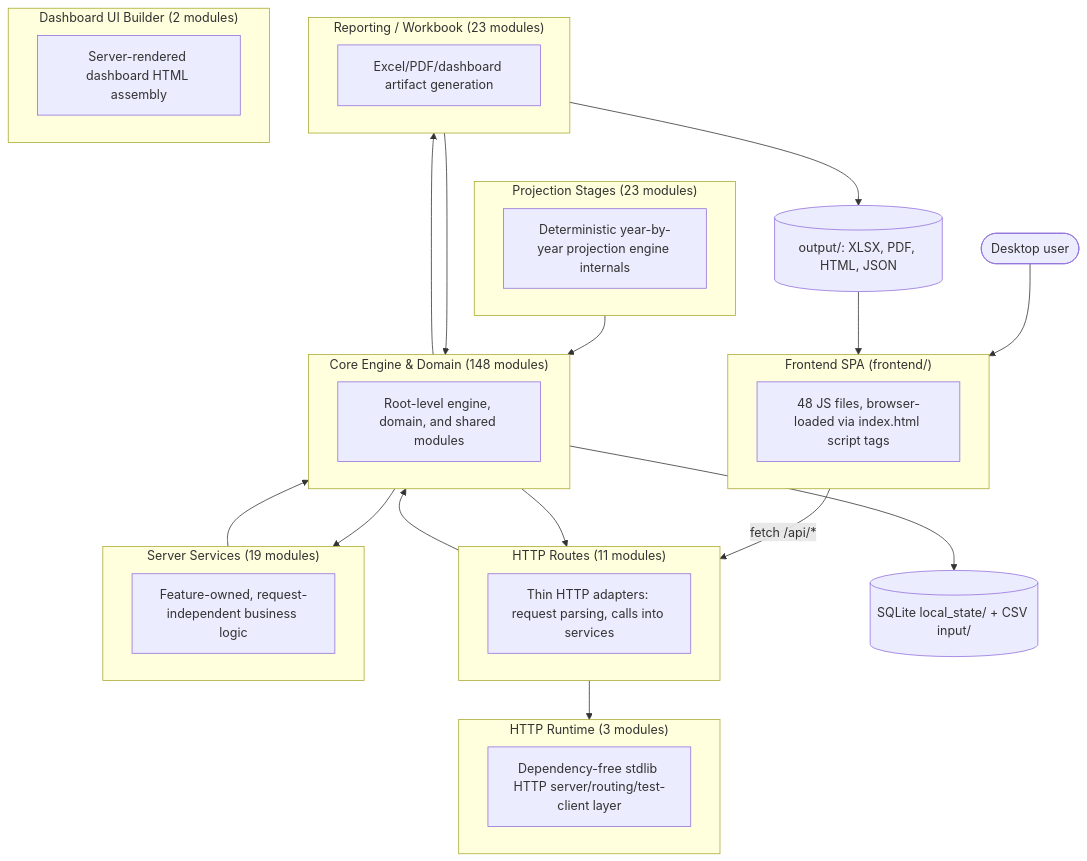
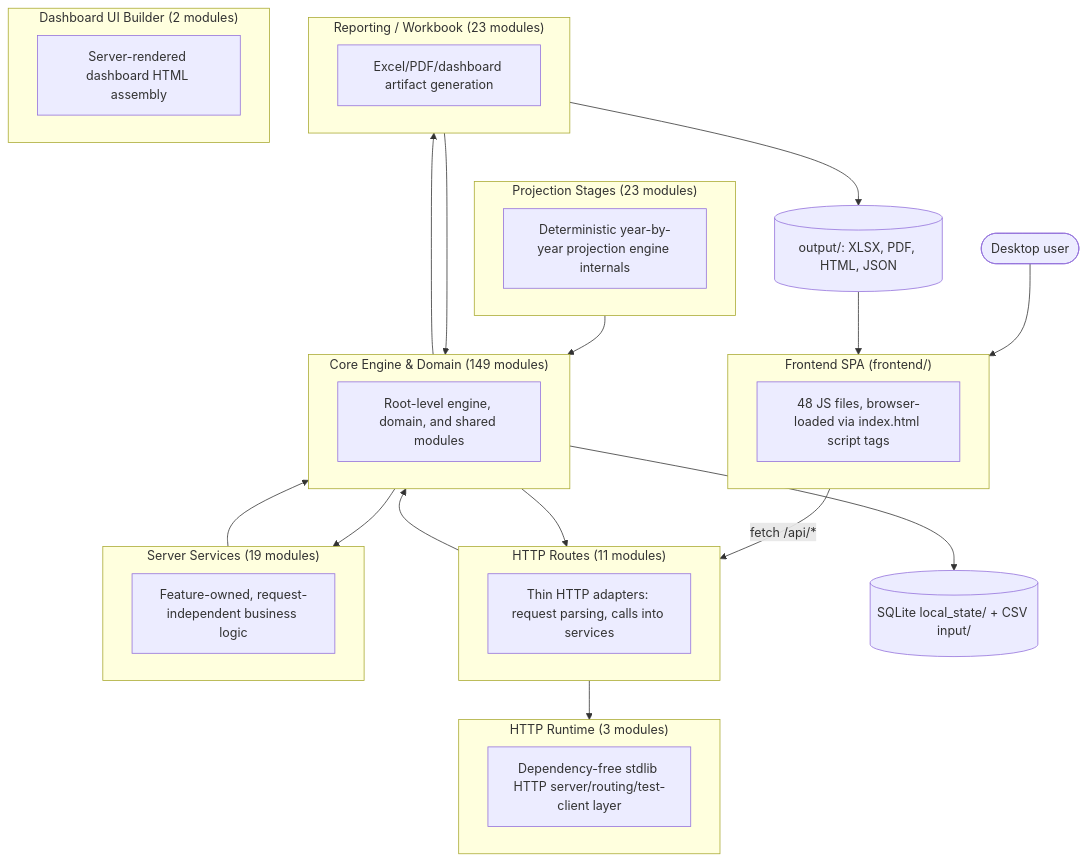
Before and after one commit to matthartzman/retirement_system: the first of 2 diagrams in documentation/reference/SYSTEM_ARCHITECTURE_DIAGRAM.md, drawn with Mermaid. The commit also changed other lines of this file and 44 other files, not shown here.

````diff
--- a/documentation/reference/SYSTEM_ARCHITECTURE_DIAGRAM.md
+++ b/documentation/reference/SYSTEM_ARCHITECTURE_DIAGRAM.md
@@ -11,40 +11,40 @@
 ```mermaid
 flowchart TB
     User(["Desktop user"]) --> FE
     subgraph FE["Frontend SPA (frontend/)"]
         FEcount["48 JS files, browser-loaded via index.html script tags"]
     end
     FE -->|fetch /api/*| L_HTTP_Routes
     subgraph L_HTTP_Routes["HTTP Routes (11 modules)"]
         L_HTTP_Routes_d["Thin HTTP adapters: request parsing, calls into services"]
     end
     subgraph L_Server_Services["Server Services (19 modules)"]
         L_Server_Services_d["Feature-owned, request-independent business logic"]
     end
     subgraph L_HTTP_Runtime["HTTP Runtime (3 modules)"]
         L_HTTP_Runtime_d["Dependency-free stdlib HTTP server/routing/test-client layer"]
     end
-    subgraph L_Core_Engine___Domain["Core Engine & Domain (148 modules)"]
+    subgraph L_Core_Engine___Domain["Core Engine & Domain (149 modules)"]
         L_Core_Engine___Domain_d["Root-level engine, domain, and shared modules"]
     end
     subgraph L_Projection_Stages["Projection Stages (23 modules)"]
         L_Projection_Stages_d["Deterministic year-by-year projection engine internals"]
     end
     subgraph L_Reporting___Workbook["Reporting / Workbook (23 modules)"]
         L_Reporting___Workbook_d["Excel/PDF/dashboard artifact generation"]
     end
     subgraph L_Dashboard_UI_Builder["Dashboard UI Builder (2 modules)"]
         L_Dashboard_UI_Builder_d["Server-rendered dashboard HTML assembly"]
     end
     L_Core_Engine___Domain --> L_HTTP_Routes
     L_Core_Engine___Domain --> L_Reporting___Workbook
     L_Core_Engine___Domain --> L_Server_Services
     L_HTTP_Routes --> L_Core_Engine___Domain
     L_HTTP_Routes --> L_HTTP_Runtime
     L_Projection_Stages --> L_Core_Engine___Domain
     L_Reporting___Workbook --> L_Core_Engine___Domain
     L_Server_Services --> L_Core_Engine___Domain
     L_Core_Engine___Domain --> DB[("SQLite local_state/ + CSV input/")]
     L_Reporting___Workbook --> Outputs[("output/: XLSX, PDF, HTML, JSON")]
     Outputs --> FE
 ```
````
